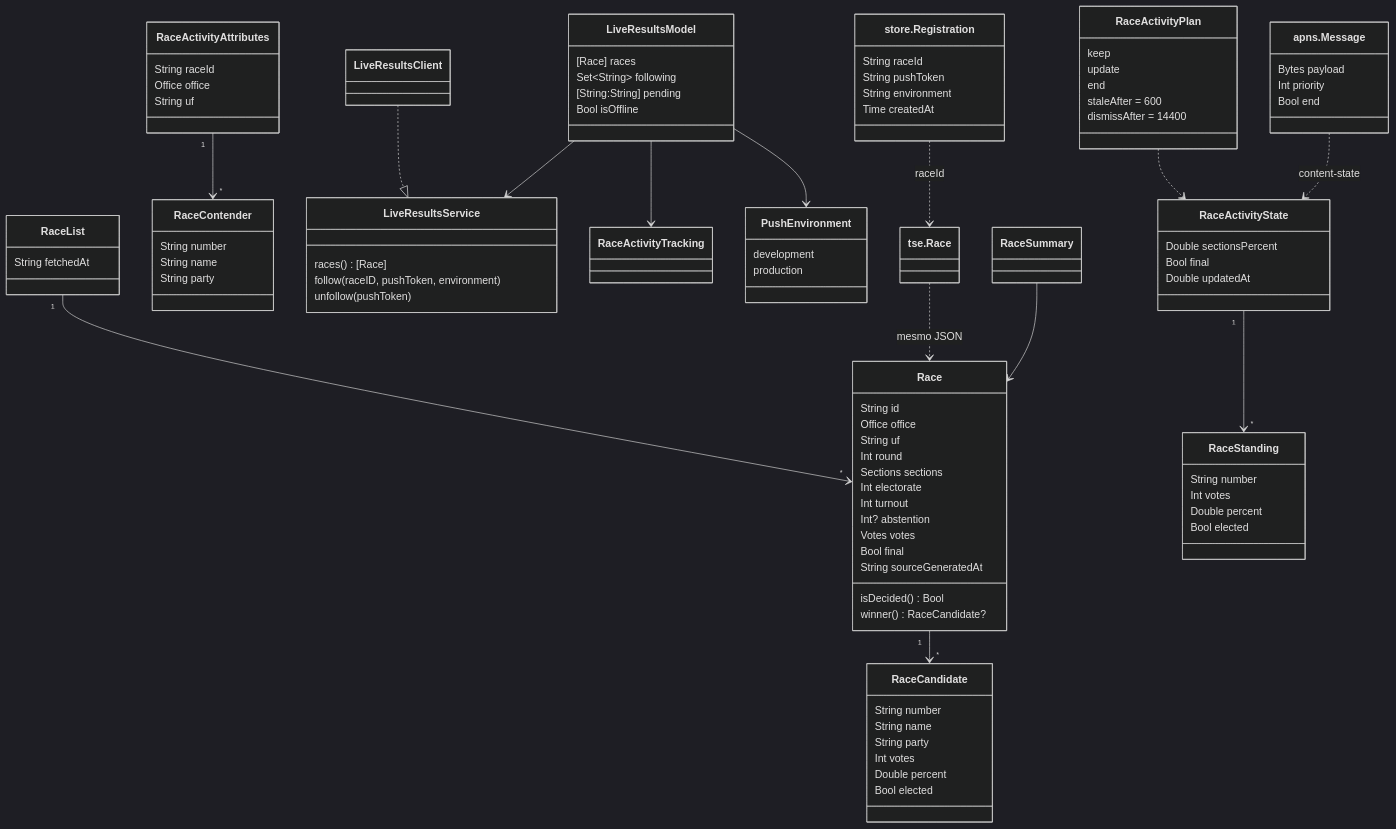
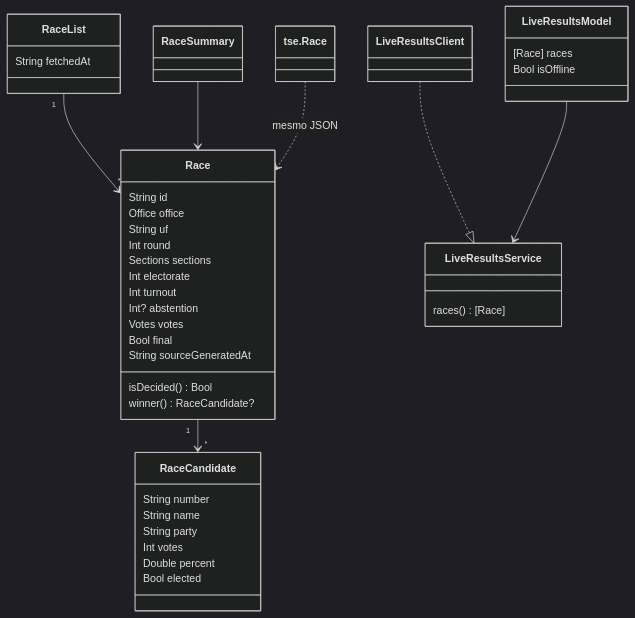
Before and after one commit to byescaleira/fiscal: the diagram in spdd/prompt/FSC-001-202610291700-[Codify]-live-results.md, drawn with Mermaid (dark theme). The commit also changed other lines of this file and 20 other files, not shown here.

````diff
--- a/spdd/prompt/FSC-001-202610291700-[Codify]-live-results.md
+++ b/spdd/prompt/FSC-001-202610291700-[Codify]-live-results.md
@@ -51,75 +46,20 @@
   class RaceList {
     String fetchedAt
   }
-  class RaceActivityAttributes {
-    String raceId
-    Office office
-    String uf
-  }
-  class RaceContender {
-    String number
-    String name
-    String party
-  }
-  class RaceActivityState {
-    Double sectionsPercent
-    Bool final
-    Double updatedAt
-  }
-  class RaceStanding {
-    String number
-    Int votes
-    Double percent
-    Bool elected
-  }
-  class RaceActivityPlan {
-    keep
-    update
-    end
-    staleAfter = 600
-    dismissAfter = 14400
-  }
-  class PushEnvironment {
-    development
-    production
-  }
   class LiveResultsService {
     races() [Race]
-    follow(raceID, pushToken, environment)
-    unfollow(pushToken)
   }
   class LiveResultsClient
   class LiveResultsModel {
     [Race] races
-    Set~String~ following
-    [String:String] pending
     Bool isOffline
   }
-  class RaceActivityTracking
   class RaceSummary
   class GoRace["tse.Race"]
-  class Registration["store.Registration"] {
-    String raceId
-    String pushToken
-    String environment
-    Time createdAt
-  }
-  class ApnsMessage["apns.Message"] {
-    Bytes payload
-    Int priority
-    Bool end
-  }
   RaceList "1" --> "*" Race
   Race "1" --> "*" RaceCandidate
-  RaceActivityAttributes "1" --> "*" RaceContender
-  RaceActivityState "1" --> "*" RaceStanding
-  RaceActivityPlan ..> RaceActivityState
   LiveResultsClient ..|> LiveResultsService
   LiveResultsModel --> LiveResultsService
-  LiveResultsModel --> RaceActivityTracking
-  LiveResultsModel --> PushEnvironment
   RaceSummary --> Race
   GoRace ..> Race : mesmo JSON
-  ApnsMessage ..> RaceActivityState : content-state
-  Registration ..> GoRace : raceId
 ```
````
